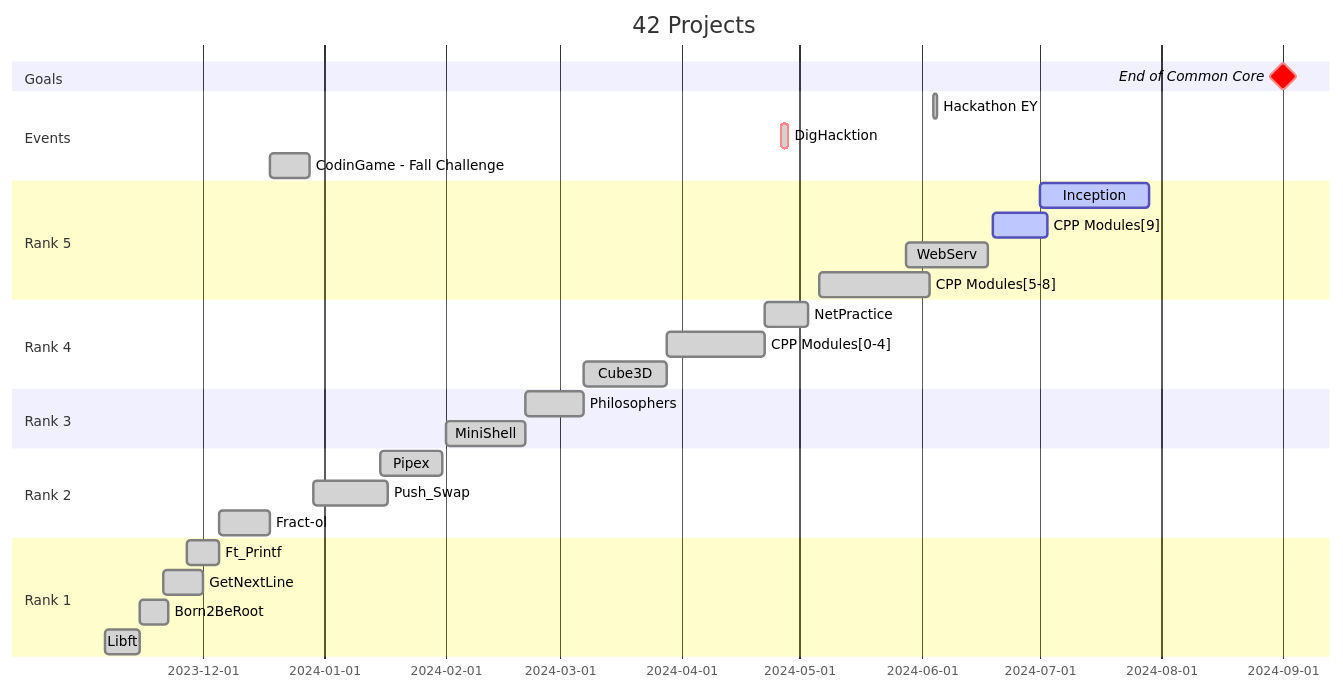
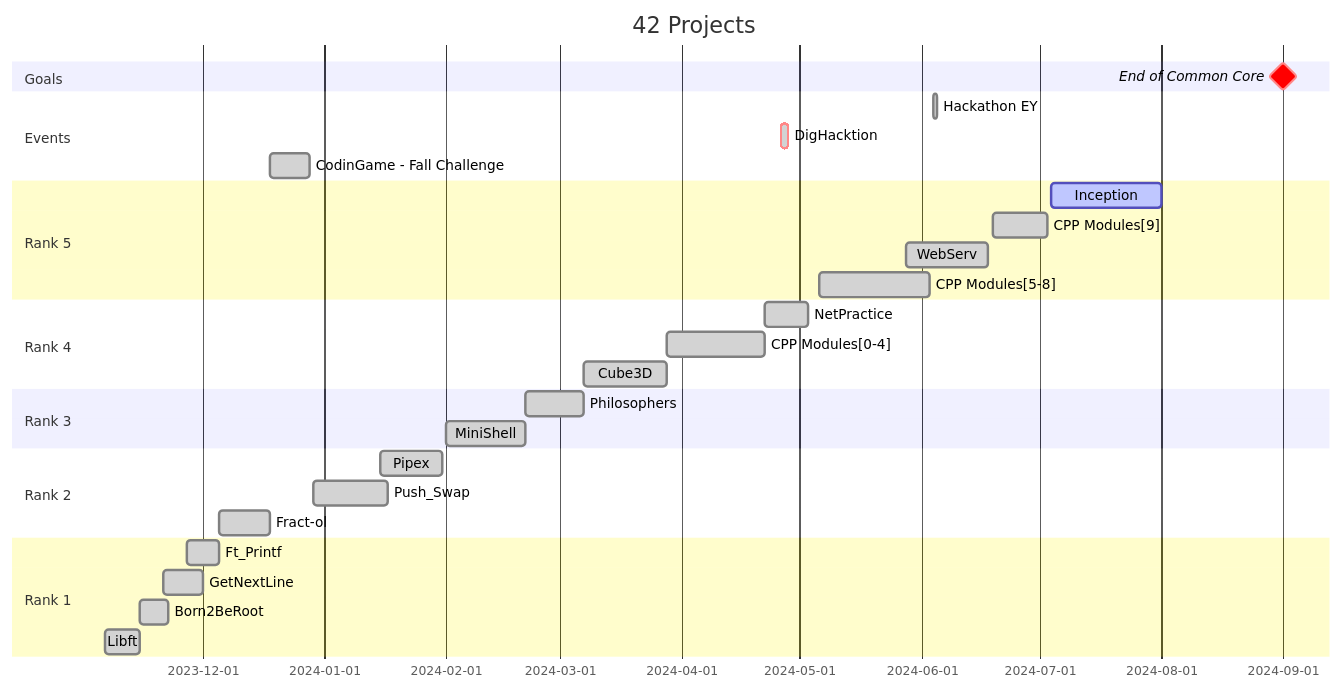
Before and after one commit to Tablerase/42_Projects: the diagram in README.md, drawn with Mermaid. The commit also changed 18 other files, not shown here.

````diff
--- a/README.md
+++ b/README.md
@@ -70,39 +70,39 @@
 ```mermaid
 gantt
     title 42 Projects
     dateFormat  YYYY-MM-DD
 
     section Goals
     End of Common Core : milestone, crit, m1, 2024-09-01, 1m
 
     section Events
     Hackathon EY : done, 2024-06-04, 2024-06-05
     DigHacktion : crit, done, 2024-04-26, 2024-04-28
     CodinGame - Fall Challenge : done, 2023-12-18, 2023-12-28
 
     section Rank 5
-    Inception : active, 2024-07-01, 4w
-    CPP Modules[9] : active, 2024-06-19, 2w
+    Inception : active, 2024-07-04, 4w
+    CPP Modules[9] : done, 2024-06-19, 2024-07-03
     WebServ : done, 2024-05-28, 2024-06-18
     CPP Modules[5-8] : done, 2024-05-06, 4w
 
     section Rank 4
     NetPractice : done, 2024-04-22, 2024-05-03
     CPP Modules[0-4] : done, 2024-03-28, 2024-04-22
     Cube3D :done, 2024-03-07, 2024-03-28
   
     section Rank 3
     Philosophers :done, 2024-02-21, 2024-03-07
     MiniShell :done, 2024-02-01, 2024-02-21
 
     section Rank 2
     Pipex :done, 2024-01-15, 2024-01-31
     Push_Swap :done, 2023-12-29, 2024-01-17
     Fract-ol :done, 2023-12-05, 2023-12-18
 
     section Rank 1
     Ft_Printf :done, 2023-11-27, 2023-12-05
     GetNextLine :done, 2023-11-21, 2023-12-01
     Born2BeRoot :done, 2023-11-15, 2023-11-22
     Libft :done, 2023-11-06, 2023-11-15
 ```
````
